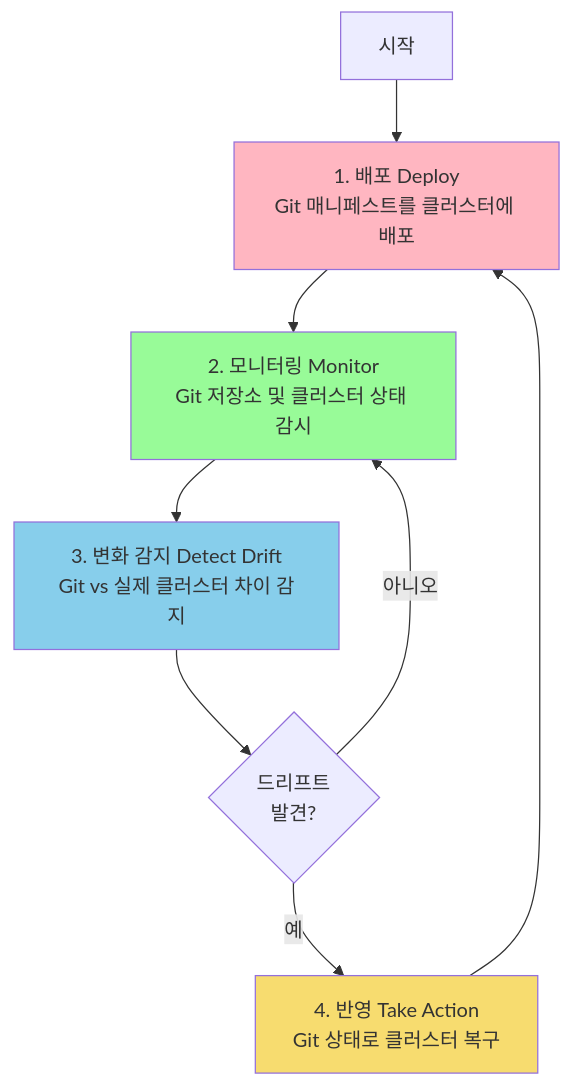
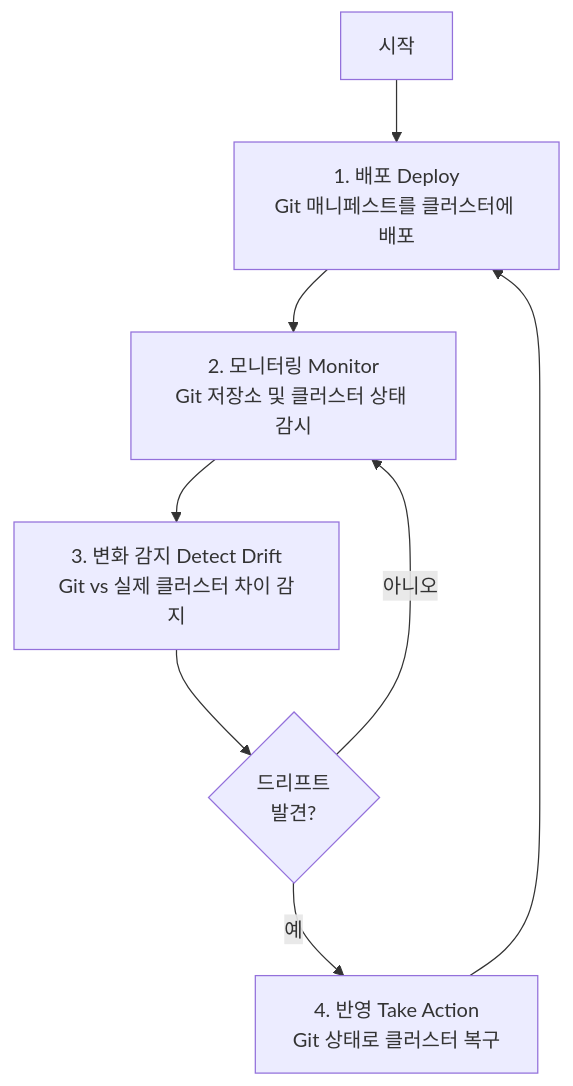
One commit to juwon8891/juwon8891.github.io changed diagram 20 of 41 in docs/cicd/week1-image-build.md. Above: the diagram before and after it, drawn with Mermaid. The commit also changed other lines of this file and 18 other files, not shown here.

Commit message:
Remove bright colors from Mermaid diagrams for dark mode compatibility

````diff
--- a/docs/cicd/week1-image-build.md
+++ b/docs/cicd/week1-image-build.md
@@ -1188,21 +1140,17 @@
 ```mermaid
 flowchart TB
     START[시작] --> DEPLOY[1. 배포 Deploy<br/>Git 매니페스트를 클러스터에 배포]
 
     DEPLOY --> MONITOR[2. 모니터링 Monitor<br/>Git 저장소 및 클러스터 상태 감시]
 
     MONITOR --> DETECT[3. 변화 감지 Detect Drift<br/>Git vs 실제 클러스터 차이 감지]
 
     DETECT --> ACTION{드리프트<br/>발견?}
 
     ACTION -->|예| TAKE_ACTION[4. 반영 Take Action<br/>Git 상태로 클러스터 복구]
 
     ACTION -->|아니오| MONITOR
 
     TAKE_ACTION --> DEPLOY
 
-    style DEPLOY fill:#FFB6C1
-    style MONITOR fill:#98FB98
-    style DETECT fill:#87CEEB
-    style TAKE_ACTION fill:#F7DC6F
 ```
````
